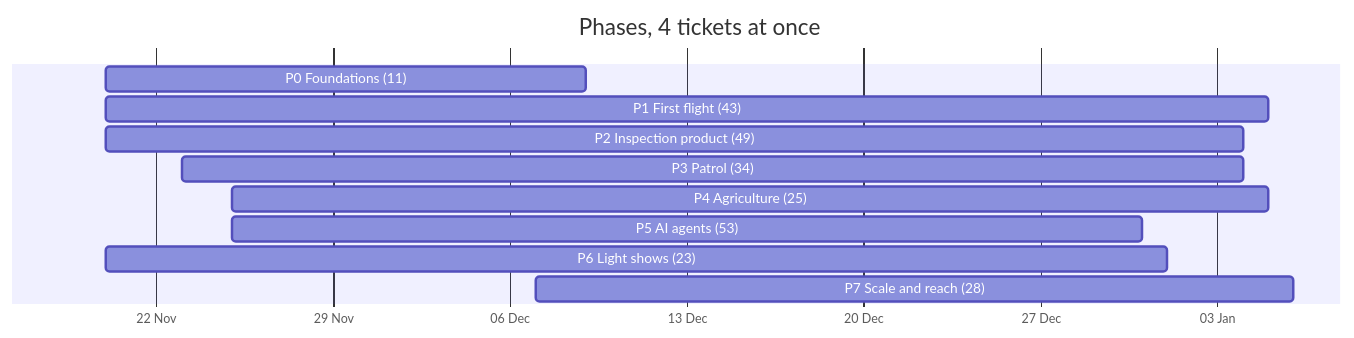
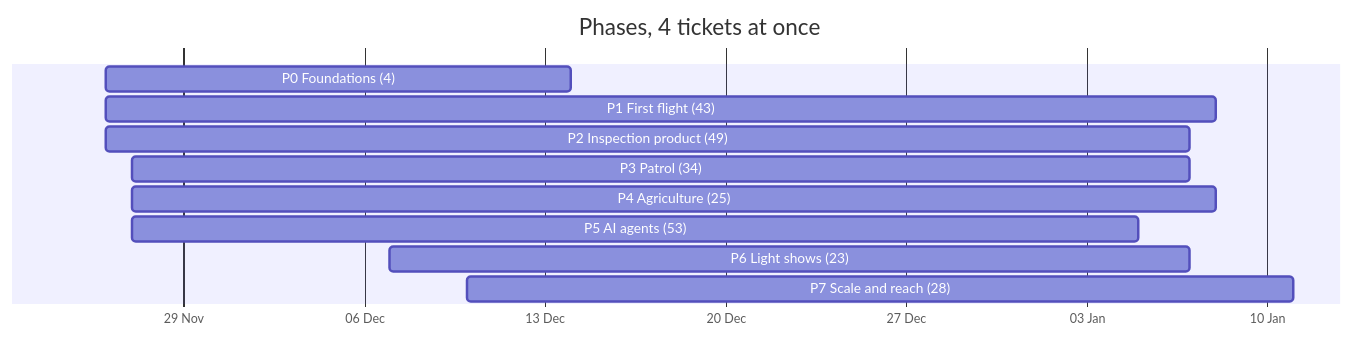
The second of 3 diagrams in docs/specs/roadmap/14-parallel-plan.md (gpbcom/swarm), drawn with Mermaid before and after one commit. The commit also changed other lines of this file and 12 other files, not shown here.

First line of the commit message:
Refactor phase 7: the roadmap and the ticket graph name the new layout

````diff
--- a/docs/specs/roadmap/14-parallel-plan.md
+++ b/docs/specs/roadmap/14-parallel-plan.md
@@ -62,14 +62,14 @@
 ```mermaid
 gantt
     title Phases, 4 tickets at once
     dateFormat YYYY-MM-DD
     axisFormat %d %b
-    P0 Foundations (11) :p0, 2026-11-20, 2026-12-09
-    P1 First flight (43) :p1, 2026-11-20, 2027-01-05
-    P2 Inspection product (49) :p2, 2026-11-20, 2027-01-04
-    P3 Patrol (34) :p3, 2026-11-23, 2027-01-04
-    P4 Agriculture (25) :p4, 2026-11-25, 2027-01-05
-    P5 AI agents (53) :p5, 2026-11-25, 2026-12-31
-    P6 Light shows (23) :p6, 2026-11-20, 2027-01-01
-    P7 Scale and reach (28) :p7, 2026-12-07, 2027-01-06
+    P0 Foundations (4) :p0, 2026-11-26, 2026-12-14
+    P1 First flight (43) :p1, 2026-11-26, 2027-01-08
+    P2 Inspection product (49) :p2, 2026-11-26, 2027-01-07
+    P3 Patrol (34) :p3, 2026-11-27, 2027-01-07
+    P4 Agriculture (25) :p4, 2026-11-27, 2027-01-08
+    P5 AI agents (53) :p5, 2026-11-27, 2027-01-05
+    P6 Light shows (23) :p6, 2026-12-07, 2027-01-07
+    P7 Scale and reach (28) :p7, 2026-12-10, 2027-01-11
 ```
````
